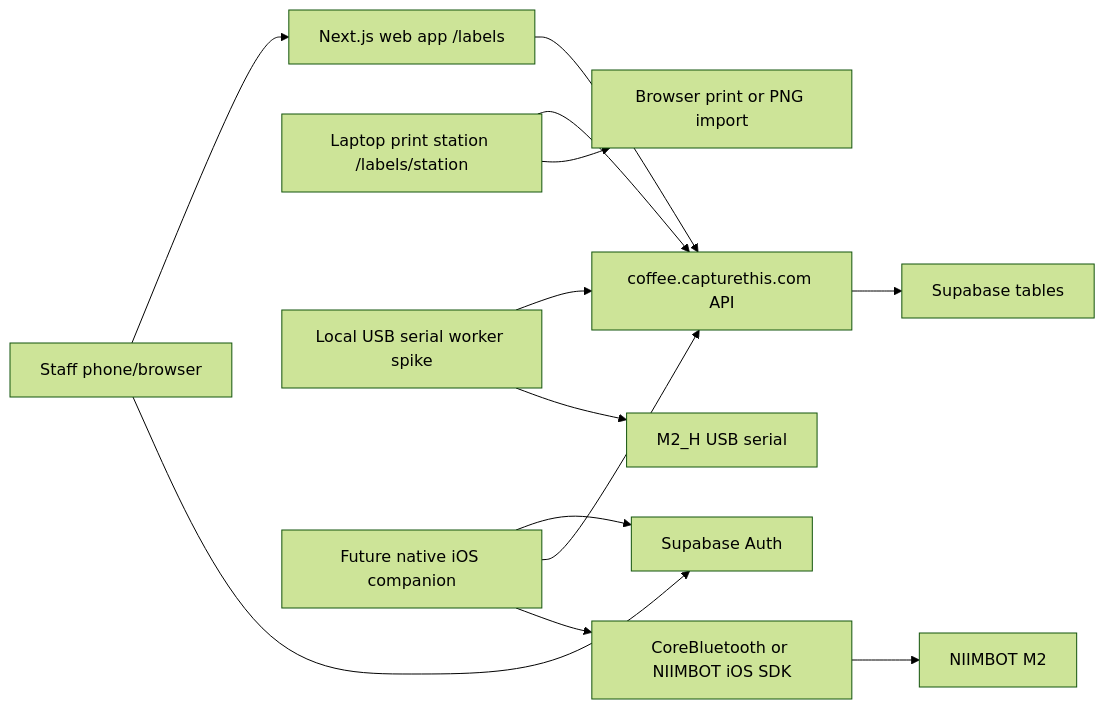
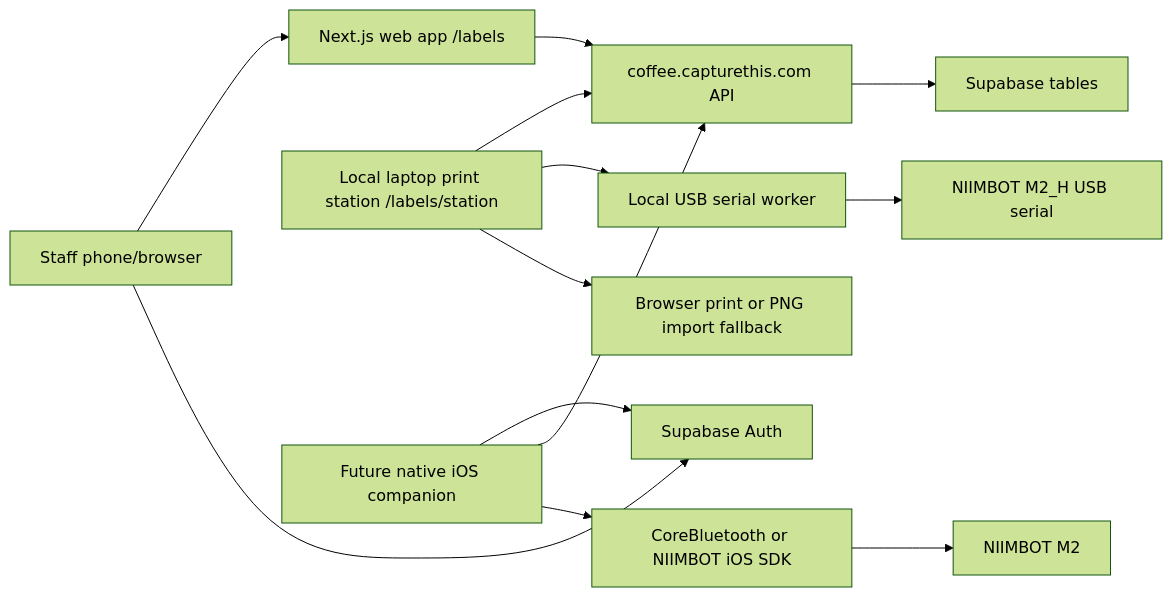
One commit to coltonbatts/capturethiscoffee changed the diagram in docs/label-printing-architecture.md. Above: the diagram before and after it, drawn with Mermaid (forest theme). The commit also changed other lines of this file and 5 other files, not shown here.

Commit message:
Document local label station workflow

````diff
--- a/docs/label-printing-architecture.md
+++ b/docs/label-printing-architecture.md
@@ -29,15 +44,15 @@
 ```mermaid
 flowchart LR
   Staff["Staff phone/browser"] --> Web["Next.js web app /labels"]
   Staff --> Auth["Supabase Auth"]
   Web --> API["coffee.capturethis.com API"]
   API --> DB["Supabase tables"]
-  Station["Laptop print station /labels/station"] --> API
-  Station --> Driver["Browser print or PNG import"]
-  Worker["Local USB serial worker spike"] --> API
-  Worker --> USB["M2_H USB serial"]
+  Station["Local laptop print station /labels/station"] --> API
+  Station --> Worker["Local USB serial worker"]
+  Station --> Driver["Browser print or PNG import fallback"]
+  Worker --> USB["NIIMBOT M2_H USB serial"]
   IOS["Future native iOS companion"] --> Auth
   IOS --> API
   IOS --> BLE["CoreBluetooth or NIIMBOT iOS SDK"]
   BLE --> M2["NIIMBOT M2"]
 ```
````
